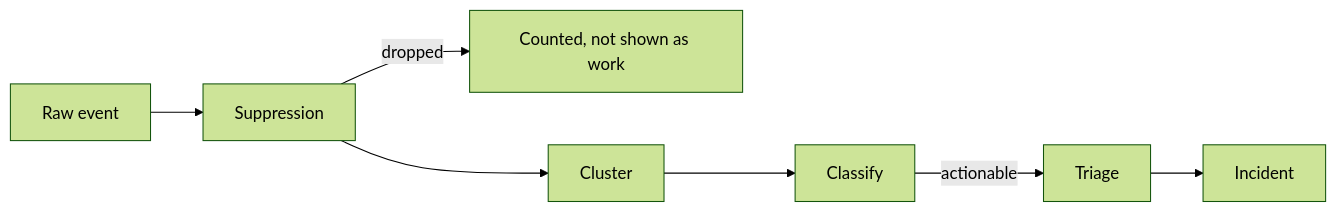
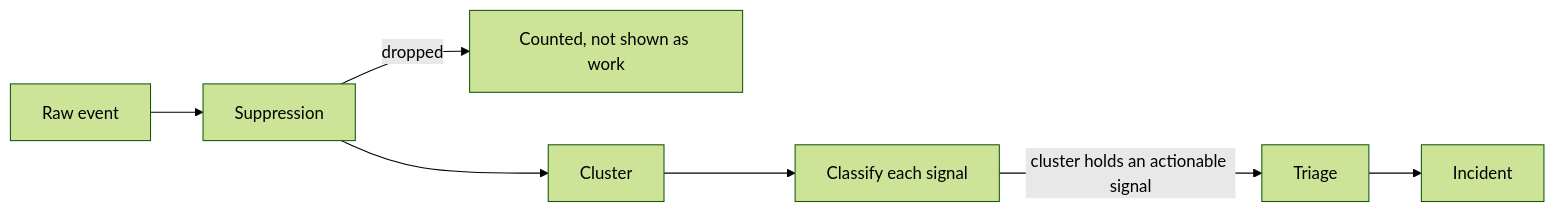
One commit to nhat-tranvan/docs changed the diagram in guide/pulse/overview.mdx. Above: the diagram before and after it, drawn with Mermaid (forest theme). The commit also changed other lines of this file and 7 other files, not shown here.

````diff
--- a/guide/pulse/overview.mdx
+++ b/guide/pulse/overview.mdx
@@ -13,9 +13,9 @@
 ```mermaid
 flowchart LR
     A["Raw event"] --> B["Suppression"]
     B -->|dropped| X["Counted, not shown as work"]
     B --> C["Cluster"]
-    C --> D["Classify"]
-    D -->|actionable| E["Triage"]
+    C --> D["Classify each signal"]
+    D -->|cluster holds an actionable signal| E["Triage"]
     E --> F["Incident"]
 ```
````
